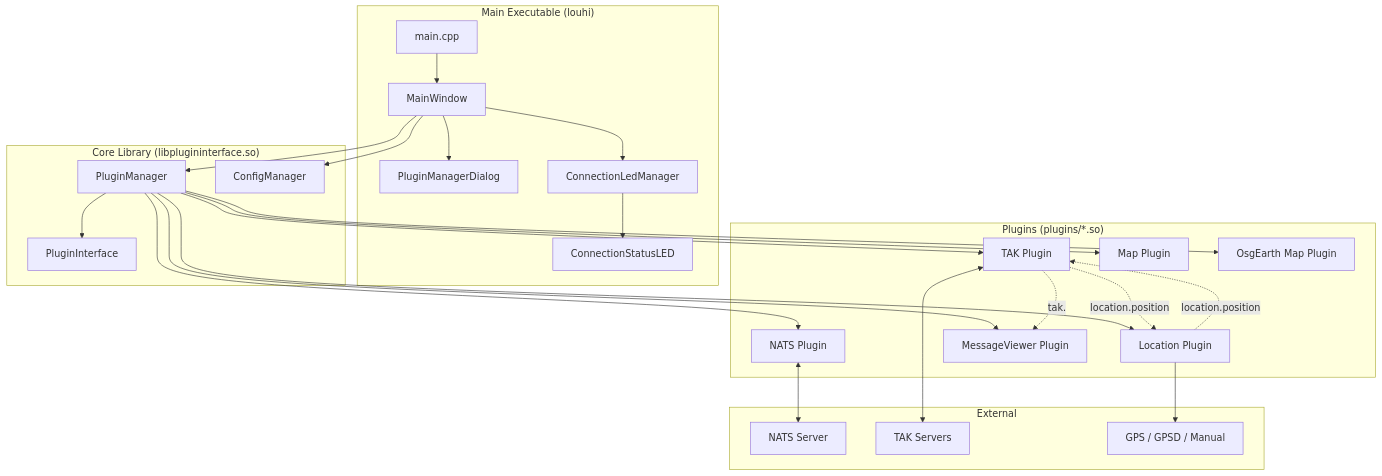
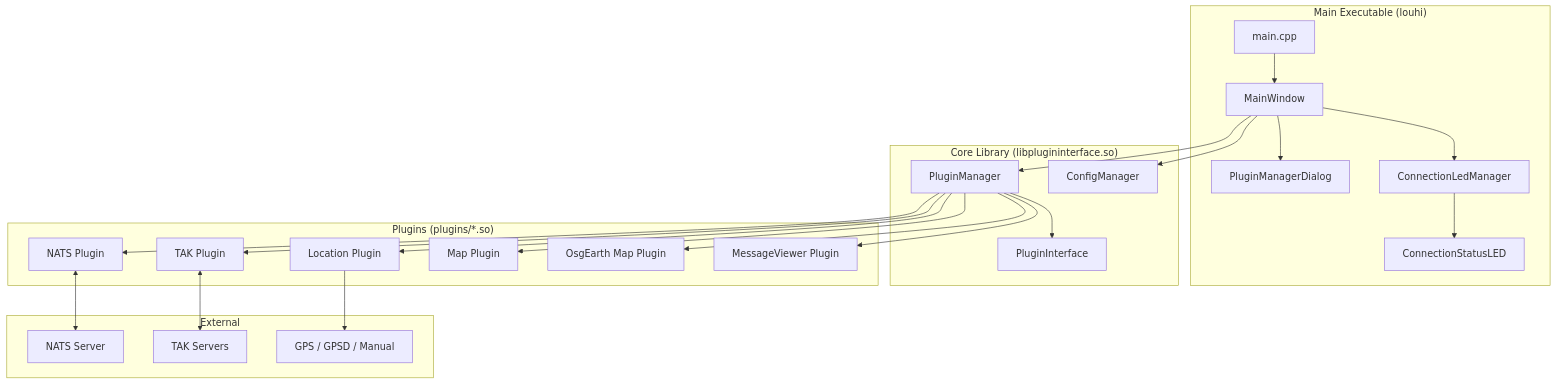
One commit to Project-POHJOLA/louhi changed the first of 7 diagrams in docs/PROJECT_OVERVIEW.md. Above: the diagram before and after it, drawn with Mermaid. The commit also changed other lines of this file, not shown here.

Commit message:
Review fixes: remove inaccurate message arrows from component diagram, route all flows through PluginManager with sender-suppression note, add dockState/language/shared to config docs

````diff
--- a/docs/PROJECT_OVERVIEW.md
+++ b/docs/PROJECT_OVERVIEW.md
@@ -17,53 +17,50 @@
 ```mermaid
 graph TB
     subgraph "Main Executable (louhi)"
         Main[main.cpp]
         MW[MainWindow]
         PMD[PluginManagerDialog]
         CLM[ConnectionLedManager]
         CSL[ConnectionStatusLED]
     end
 
     subgraph "Core Library (libplugininterface.so)"
         PI[PluginInterface]
         PM[PluginManager]
         CM[ConfigManager]
     end
 
     subgraph "Plugins (plugins/*.so)"
         NP[NATS Plugin]
         TP[TAK Plugin]
         LP[Location Plugin]
         MP[Map Plugin]
         EP[OsgEarth Map Plugin]
         MVP[MessageViewer Plugin]
     end
 
     subgraph "External"
         NATS[NATS Server]
         TAKS[TAK Servers]
         GPS[GPS / GPSD / Manual]
     end
 
     Main --> MW
     MW --> PM
     MW --> CM
     MW --> PMD
     MW --> CLM
     CLM --> CSL
 
     PM --> PI
     PM --> NP
     PM --> TP
     PM --> LP
     PM --> MP
     PM --> EP
     PM --> MVP
 
     NP <--> NATS
     TP <--> TAKS
     LP --> GPS
-    TP -. "location.position" .-> LP
-    TP -. "tak.<server>" .-> MVP
-    LP -. "location.position" .-> TP
 ```
````
